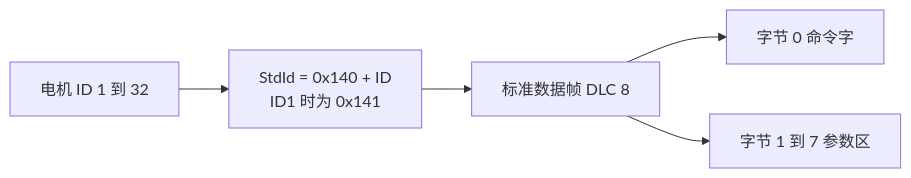
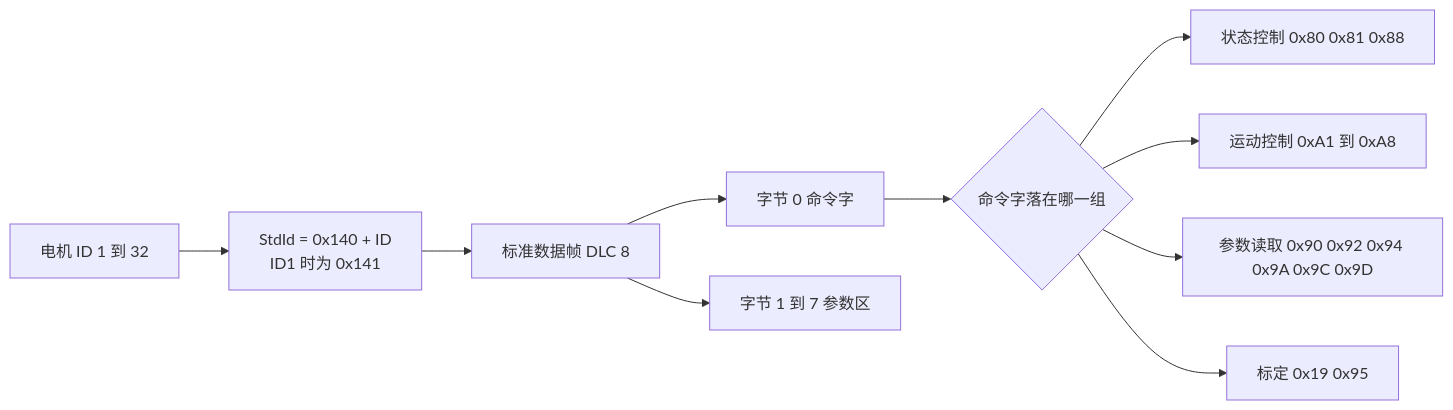
Before and after one commit to TC635807/TC63PersonalWebsite: the first of 2 diagrams in docs/03-CAN 与电机/04-LK电机/01-LK协议与0x141.md, drawn with Mermaid. The commit also changed other lines of this file and 728 other files, not shown here.

````diff
--- a/docs/03-CAN 与电机/04-LK电机/01-LK协议与0x141.md
+++ b/docs/03-CAN 与电机/04-LK电机/01-LK协议与0x141.md
@@ -22,7 +24,12 @@
 ```mermaid
 flowchart LR
   ID["电机 ID 1 到 32"] --> SID["StdId = 0x140 + ID<br/>ID1 时为 0x141"]
   SID --> F["标准数据帧 DLC 8"]
   F --> CB["字节 0 命令字"]
   F --> P["字节 1 到 7 参数区"]
+  CB --> D{"命令字落在哪一组"}
+  D --> S["状态控制 0x80 0x81 0x88"]
+  D --> M["运动控制 0xA1 到 0xA8"]
+  D --> R["参数读取 0x90 0x92 0x94 0x9A 0x9C 0x9D"]
+  D --> C["标定 0x19 0x95"]
 ```
````
